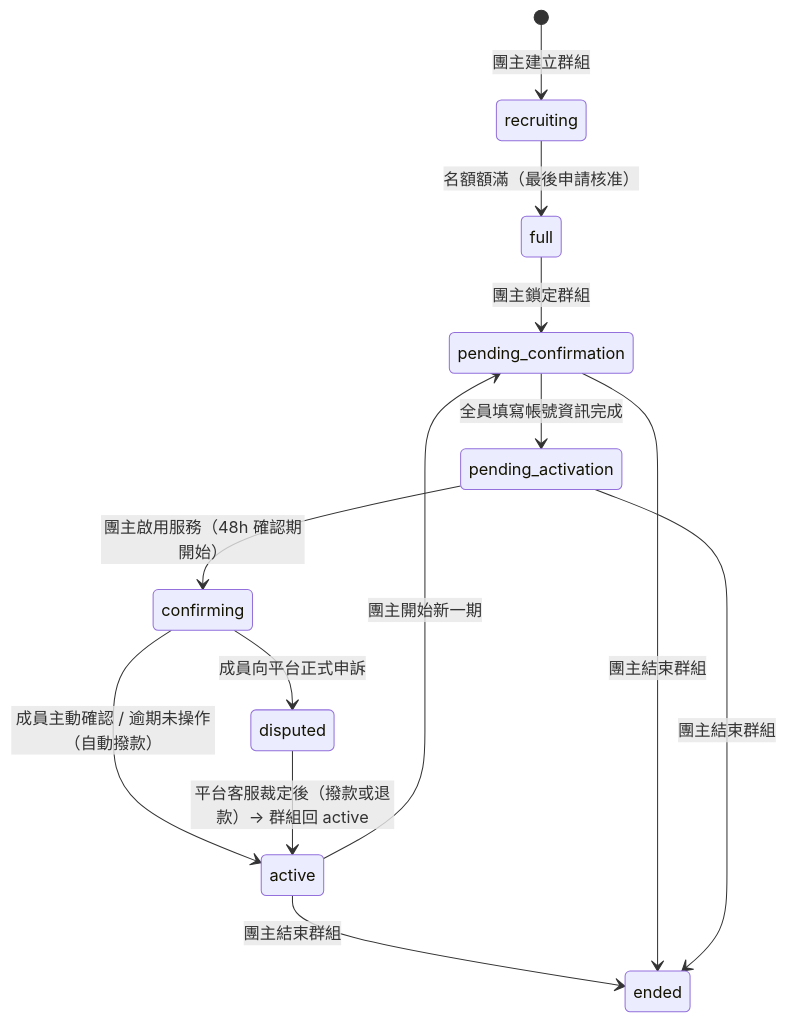
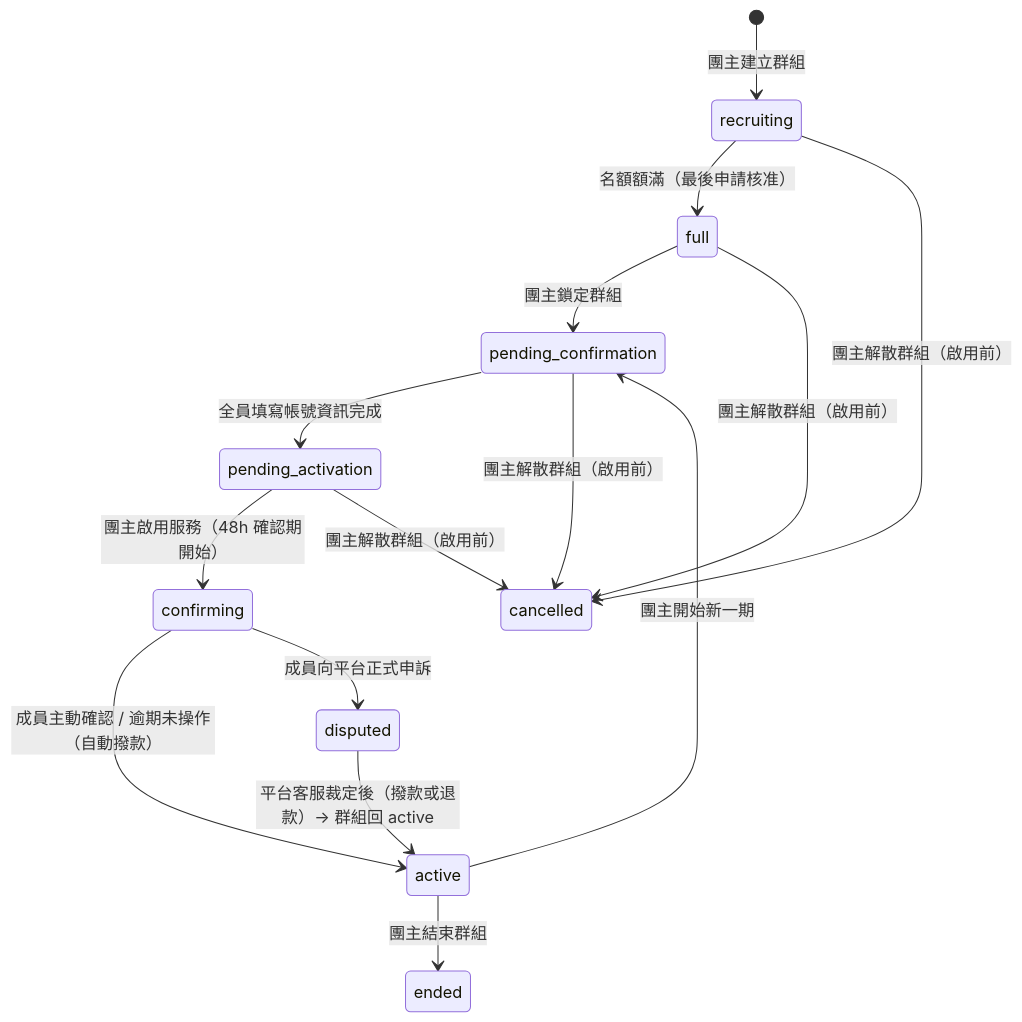
One commit to s1092055/PartyMatch changed the first of 15 diagrams in docs/user-flows.md. Above: the diagram before and after it, drawn with Mermaid. The commit also changed other lines of this file and 1 other file, not shown here.

First line of the commit message:
docs: 定義 cancelled 狀態觸發條件與退款流程

````diff
--- a/docs/user-flows.md
+++ b/docs/user-flows.md
@@ -5,15 +5,17 @@
 ```mermaid
 stateDiagram-v2
   [*] --> recruiting : 團主建立群組
   recruiting --> full : 名額額滿（最後申請核准）
   full --> pending_confirmation : 團主鎖定群組
   pending_confirmation --> pending_activation : 全員填寫帳號資訊完成
   pending_activation --> confirming : 團主啟用服務（48h 確認期開始）
   confirming --> active : 成員主動確認 / 逾期未操作（自動撥款）
   confirming --> disputed : 成員向平台正式申訴
   disputed --> active : 平台客服裁定後（撥款或退款）→ 群組回 active
   active --> pending_confirmation : 團主開始新一期
   active --> ended : 團主結束群組
-  pending_confirmation --> ended : 團主結束群組
-  pending_activation --> ended : 團主結束群組
+  recruiting --> cancelled : 團主解散群組（啟用前）
+  full --> cancelled : 團主解散群組（啟用前）
+  pending_confirmation --> cancelled : 團主解散群組（啟用前）
+  pending_activation --> cancelled : 團主解散群組（啟用前）
 ```
````
